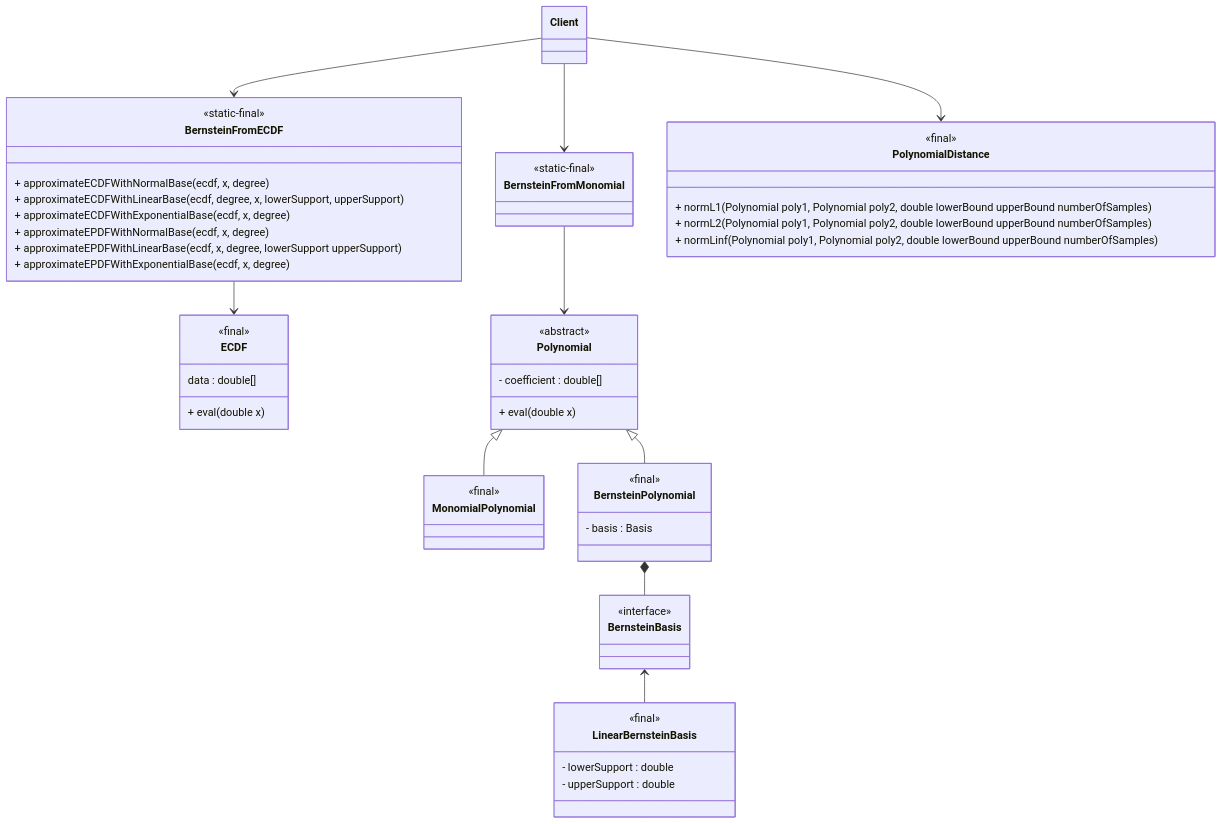
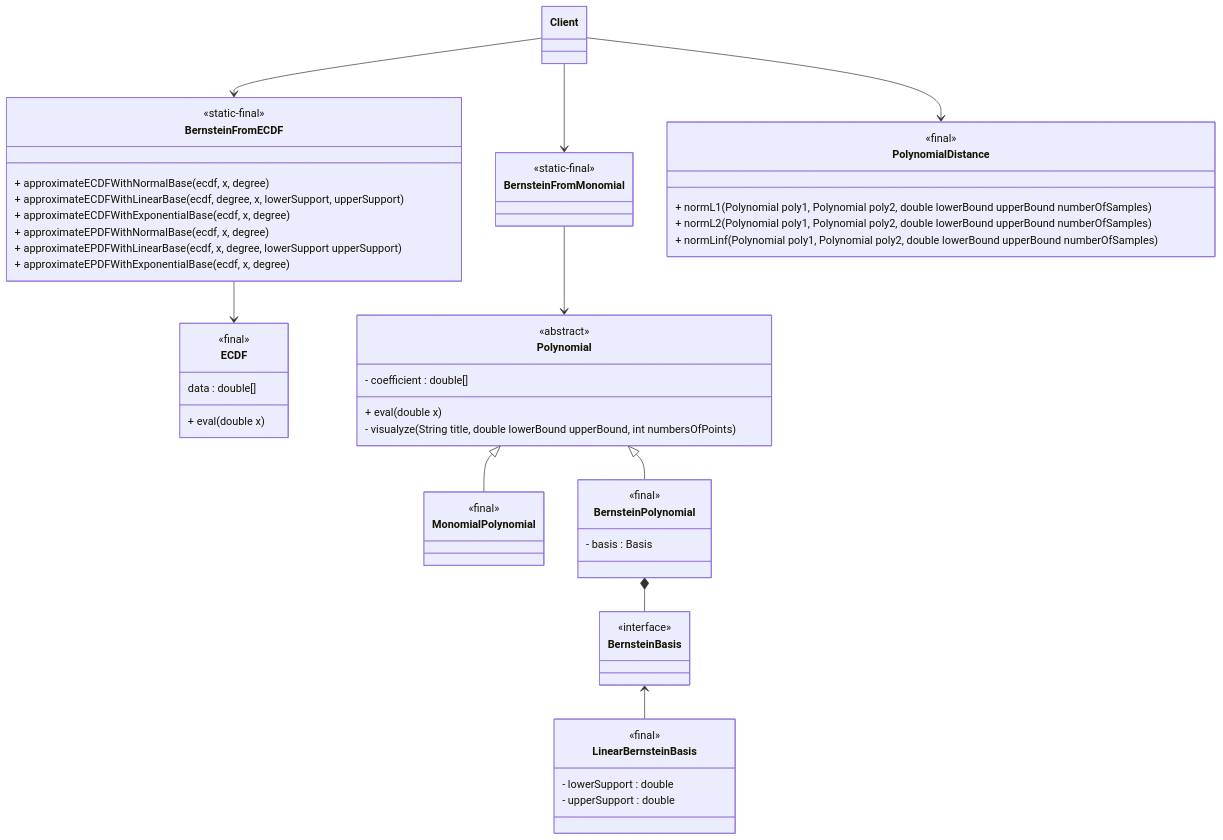
One commit to edoardosarri24/probabilistic-soft-real-time-analysis changed the diagram in report/images/2-bernstein/class_diagram.mmd. Above: the diagram before and after it, drawn with Mermaid. The commit also changed 9 other files, not shown here.

```diff
--- a/report/images/2-bernstein/class_diagram.mmd
+++ b/report/images/2-bernstein/class_diagram.mmd
@@ -1,66 +1,67 @@
 classDiagram
 
     %% BernsteinFromECDF
     class BernsteinFromECDF {
         <<static-final>>
         + approximateECDFWithNormalBase(ecdf, x, degree)
         + approximateECDFWithLinearBase(ecdf, degree, x, lowerSupport, upperSupport)
         + approximateECDFWithExponentialBase(ecdf, x, degree)
         + approximateEPDFWithNormalBase(ecdf, x, degree)
         + approximateEPDFWithLinearBase(ecdf, x, degree, lowerSupport upperSupport)
         + approximateEPDFWithExponentialBase(ecdf, x, degree)
     }
 
     class ECDF {
         <<final>>
         data : double[]
         + eval(double x)
     }
 
     %% BernsteinFromMonomial
     class BernsteinFromMonomial {
         <<static-final>>
     }
 
     class Polynomial {
         <<abstract>>
         - coefficient : double[]
         + eval(double x)
+        - visualyze(String title, double lowerBound upperBound, int numbersOfPoints)
     }
 
     class MonomialPolynomial {
         <<final>>
     }
 
     class BernsteinPolynomial {
         <<final>>
         - basis : Basis
     }
 
     class BernsteinBasis {
         <<interface>>
     }
 
     class LinearBernsteinBasis {
         <<final>>
         - lowerSupport : double
         - upperSupport : double
     }
 
     class PolynomialDistance {
         <<final>>
         + normL1(Polynomial poly1, Polynomial poly2, double lowerBound upperBound numberOfSamples)
         + normL2(Polynomial poly1, Polynomial poly2, double lowerBound upperBound numberOfSamples)
         + normLinf(Polynomial poly1, Polynomial poly2, double lowerBound upperBound numberOfSamples)
     }
 
     %% Relation
     Client --> BernsteinFromMonomial
     Client --> BernsteinFromECDF
     Client --> PolynomialDistance
     BernsteinFromMonomial --> Polynomial
     Polynomial <|-- MonomialPolynomial
     Polynomial <|-- BernsteinPolynomial
     BernsteinPolynomial *-- BernsteinBasis
     BernsteinBasis <-- LinearBernsteinBasis
     BernsteinFromECDF --> ECDF
```
